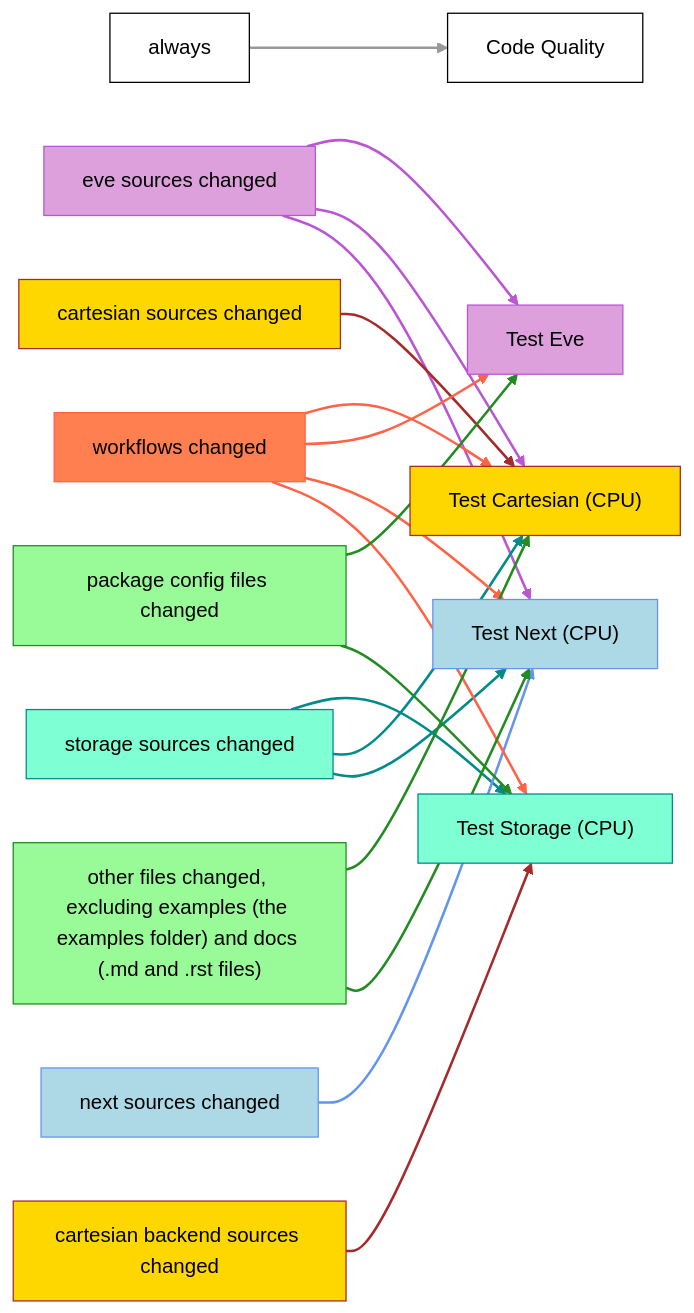
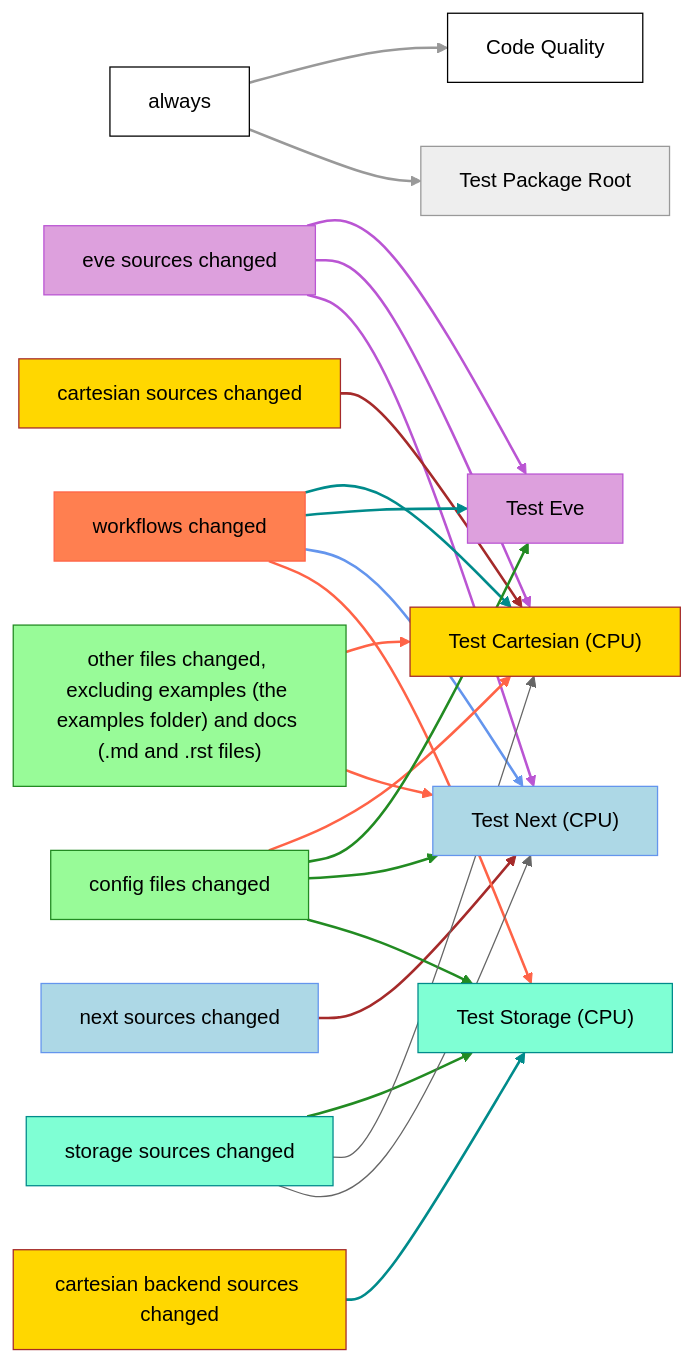
The diagram in docs/development/tools/ci-infrastructure.md (GridTools/gt4py), drawn with Mermaid before and after one commit. The commit also changed other lines of this file, not shown here.

Commit message:
Update CI docs

````diff
--- a/docs/development/tools/ci-infrastructure.md
+++ b/docs/development/tools/ci-infrastructure.md
@@ -9,76 +9,80 @@
 ```mermaid
 %%{
     init: {
         'flowchart': { 'curve': 'basis' },
         'theme': 'neutral'
     }
 }%%
 flowchart LR
     always[always] --> qua[Code Quality]
+    always --> pkg[Test Package Root]
 
     src_eve[eve sources changed] --> eve["Test Eve"]
     src_eve --> car["Test Cartesian (CPU)"]
     src_eve --> nxt["Test Next (CPU)"]
 
     src_car[cartesian sources changed] --> car["Test Cartesian (CPU)"]
 
+    src_nxt[next sources changed] --> nxt
+
     src_cab[cartesian backend sources changed] --> sto["Test Storage (CPU)"]
-
-    src_sto[storage sources changed] --> sto
-    src_sto --> car
-    src_sto --> nxt
-
-    src_nxt[next sources changed] --> nxt
 
     cfg_wfl[workflows changed] --> car
     cfg_wfl --> eve
     cfg_wfl --> nxt
     cfg_wfl --> sto
 
     other["other files changed, excluding examples (the examples folder) and docs (.md and .rst files)"] --> car
     other --> nxt
 
-    pkg_cfg[package config files changed] --> eve
-    pkg_cfg --> sto
+    cfg[config files changed] --> car
+    cfg --> eve
+    cfg --> nxt
+    cfg --> sto
+
+    src_sto[storage sources changed] --> sto
+    src_sto --> car
+    src_sto --> nxt
 
     style always fill:White,stroke:black,text:black;
     style src_eve fill:Plum,stroke:MediumOrchid,text:black;
     style src_car fill:Gold,stroke:Brown,text:black;
     style src_cab fill:Gold,stroke:Brown,text:black;
     style src_sto fill:Aquamarine,stroke:DarkCyan,text:black;
     style src_nxt fill:LightBlue,stroke:CornFlowerBlue,text:black;
     style cfg_wfl fill:Coral,stroke:Tomato,text:black;
     style other fill:PaleGreen,stroke:ForestGreen,text:black;
-    style pkg_cfg fill:PaleGreen,stroke:ForestGreen,text:black;
+    style cfg fill:PaleGreen,stroke:ForestGreen,text:black;
 
     style qua fill:White,stroke:black,text:black;
     style eve fill:Plum,stroke:MediumOrchid,text:black;
     style car fill:Gold,stroke:Brown,text:black;
     style sto fill:Aquamarine,stroke:DarkCyan,text:black;
     style nxt fill:LightBlue,stroke:CornFlowerBlue,text:black;
 
     linkStyle 0 stroke:#999,stroke-width:2px;
+    linkStyle 1 stroke:#999,stroke-width:2px;
 
-    linkStyle 1 stroke:MediumOrchid,stroke-width:2px;
     linkStyle 2 stroke:MediumOrchid,stroke-width:2px;
     linkStyle 3 stroke:MediumOrchid,stroke-width:2px;
+    linkStyle 4 stroke:MediumOrchid,stroke-width:2px;
 
-    linkStyle 4 stroke:Brown,stroke-width:2px;
     linkStyle 5 stroke:Brown,stroke-width:2px;
+    linkStyle 6 stroke:Brown,stroke-width:2px;
 
-    linkStyle 6 stroke:DarkCyan,stroke-width:2px;
     linkStyle 7 stroke:DarkCyan,stroke-width:2px;
     linkStyle 8 stroke:DarkCyan,stroke-width:2px;
+    linkStyle 9 stroke:DarkCyan,stroke-width:2px;
 
-    linkStyle 9 stroke:CornFlowerBlue,stroke-width:2px;
+    linkStyle 10 stroke:CornFlowerBlue,stroke-width:2px;
 
-    linkStyle 10 stroke:Tomato,stroke-width:2px;
     linkStyle 11 stroke:Tomato,stroke-width:2px;
     linkStyle 12 stroke:Tomato,stroke-width:2px;
     linkStyle 13 stroke:Tomato,stroke-width:2px;
+    linkStyle 14 stroke:Tomato,stroke-width:2px;
 
-    linkStyle 14 stroke:ForestGreen,stroke-width:2px;
     linkStyle 15 stroke:ForestGreen,stroke-width:2px;
     linkStyle 16 stroke:ForestGreen,stroke-width:2px;
     linkStyle 17 stroke:ForestGreen,stroke-width:2px;
+    linkStyle 18 stroke:ForestGreen,stroke-width:2px;
 ```
````
